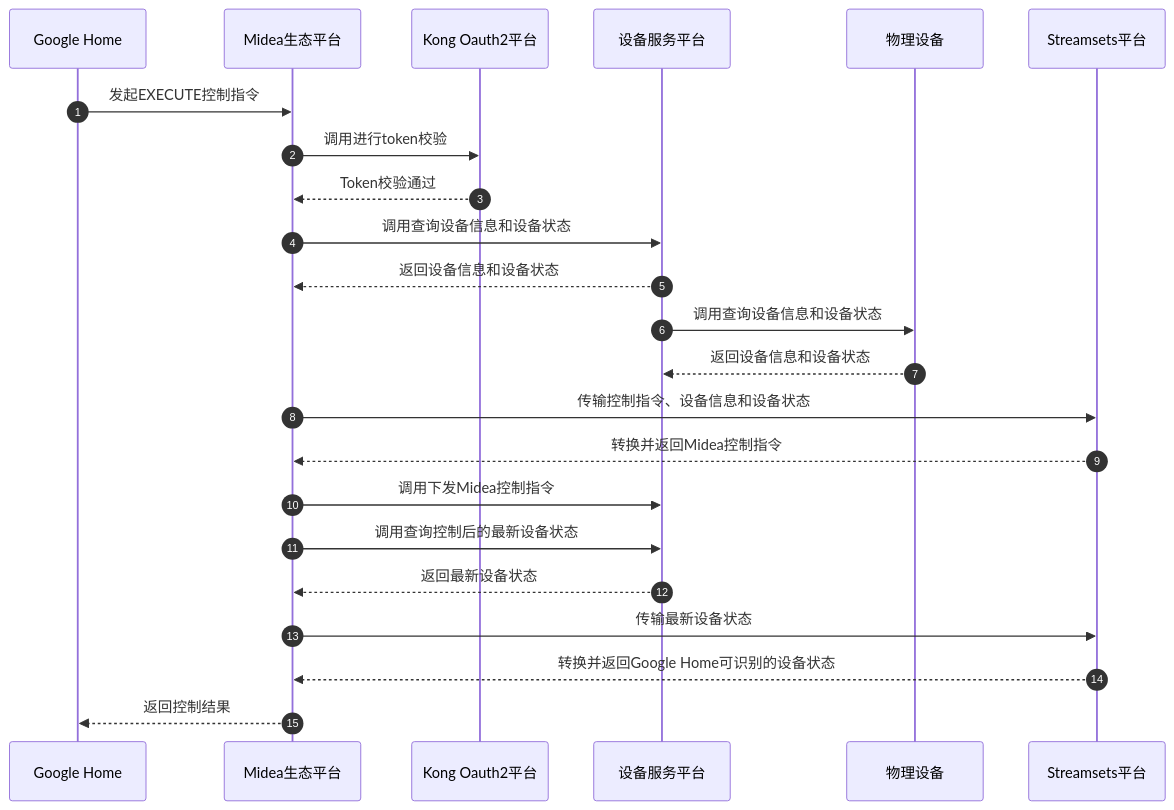
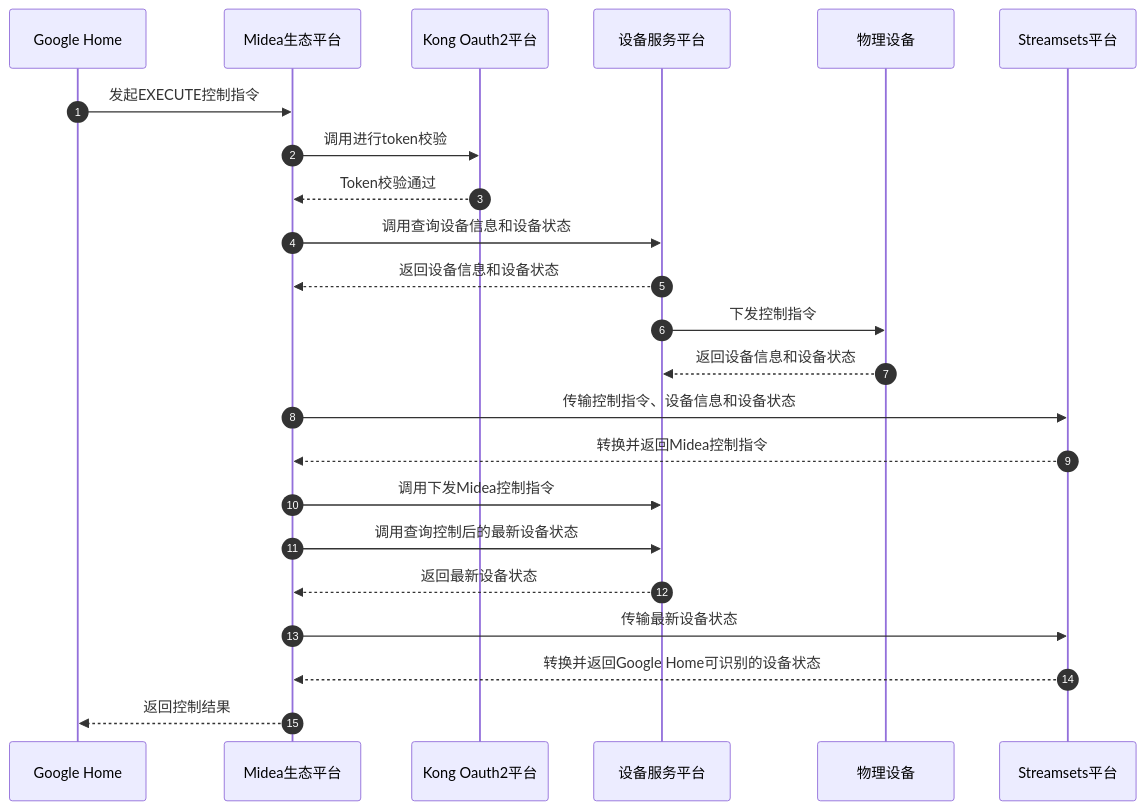
Before and after one commit to ixiaoyang8/iodraw-files: the diagram in all/未命名-19.md, drawn with Mermaid.

Commit message:
2026-06-11 11:16:25 update

````diff
--- a/all/未命名-19.md
+++ b/all/未命名-19.md
@@ -1,27 +1,27 @@
 ```mermaid
 sequenceDiagram
     autonumber
     participant GoogleHome as Google Home
     participant MideaEco as Midea生态平台
     participant KongOAuth as Kong Oauth2平台
     participant DevService as 设备服务平台
     participant Device as 物理设备
     participant Streamsets as Streamsets平台
 
     GoogleHome->>MideaEco: 发起EXECUTE控制指令
     MideaEco->>KongOAuth: 调用进行token校验
     KongOAuth-->>MideaEco: Token校验通过
     MideaEco->>DevService: 调用查询设备信息和设备状态
     DevService-->>MideaEco: 返回设备信息和设备状态
-    DevService->>Device: 调用查询设备信息和设备状态
+    DevService->>Device: 下发控制指令
     Device-->>DevService: 返回设备信息和设备状态
     MideaEco->>Streamsets: 传输控制指令、设备信息和设备状态
     Streamsets-->>MideaEco: 转换并返回Midea控制指令
     MideaEco->>DevService: 调用下发Midea控制指令
     MideaEco->>DevService: 调用查询控制后的最新设备状态
     DevService-->>MideaEco: 返回最新设备状态
     MideaEco->>Streamsets: 传输最新设备状态
     Streamsets-->>MideaEco: 转换并返回Google Home可识别的设备状态
     MideaEco-->>GoogleHome: 返回控制结果
 
 ```
````
